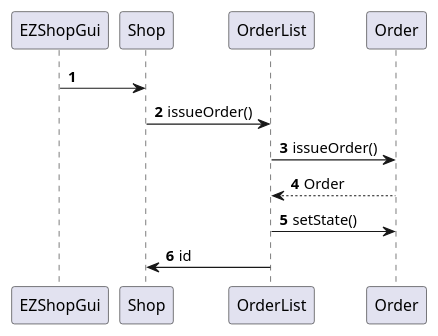
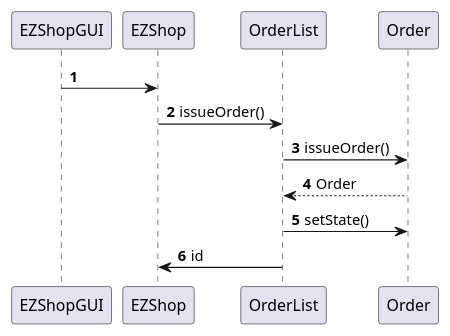
Before and after one commit to mkexc/ezshop: the seventh of 22 diagrams in Deliverables/DesignDocument.md, drawn with PlantUML. The commit also changed other lines of this file, not shown here.

````diff
--- a/Deliverables/DesignDocument.md
+++ b/Deliverables/DesignDocument.md
@@ -400,11 +297,11 @@
 ```plantuml
 @startuml
 autonumber
-EZShopGui -> Shop
-Shop -> OrderList : issueOrder()
+EZShopGUI -> EZShop
+EZShop -> OrderList : issueOrder()
 OrderList -> Order : issueOrder()
 OrderList <-- Order : Order
 OrderList -> Order : setState()
-Shop <- OrderList : id
+EZShop <- OrderList : id
 @enduml
 ```
````
